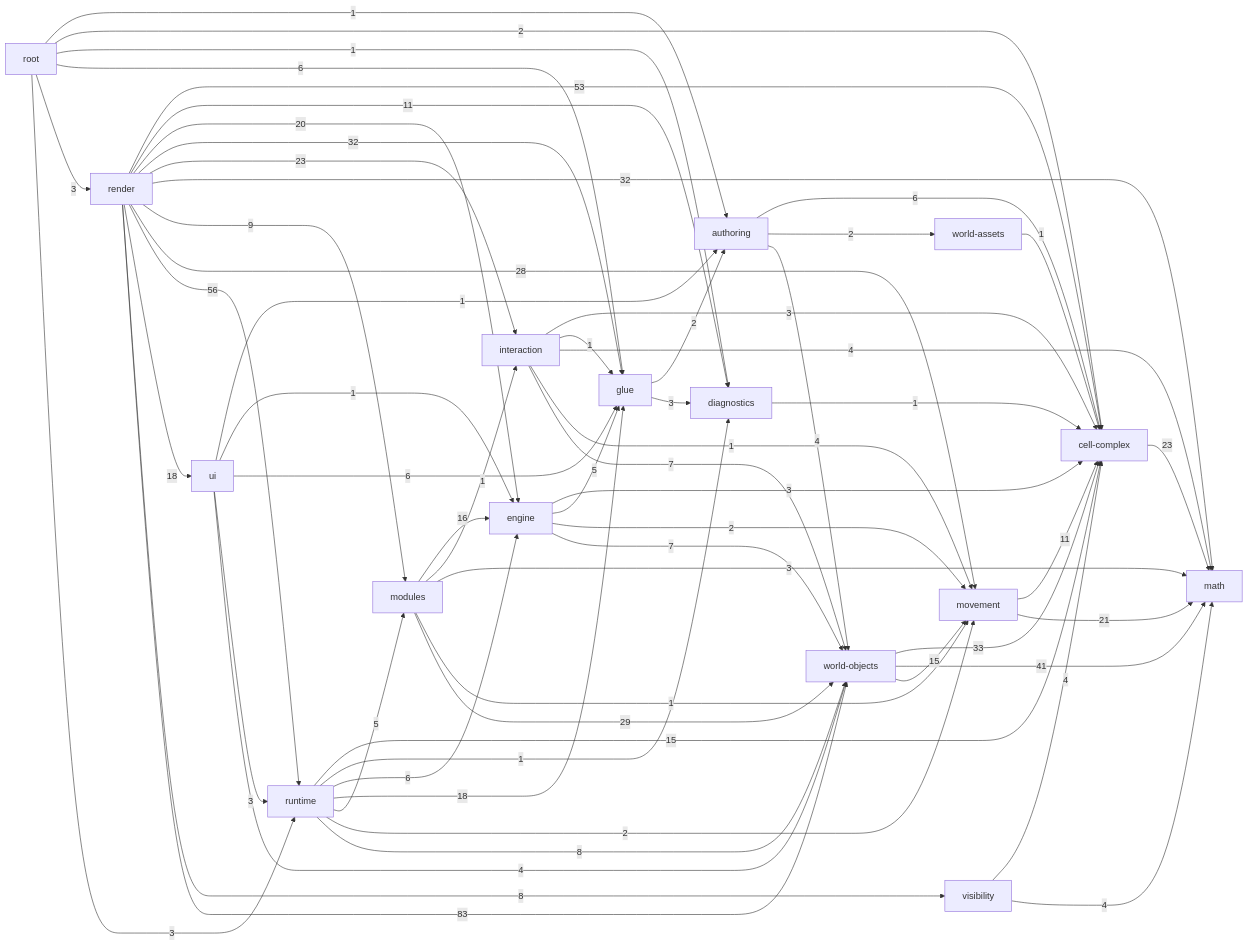
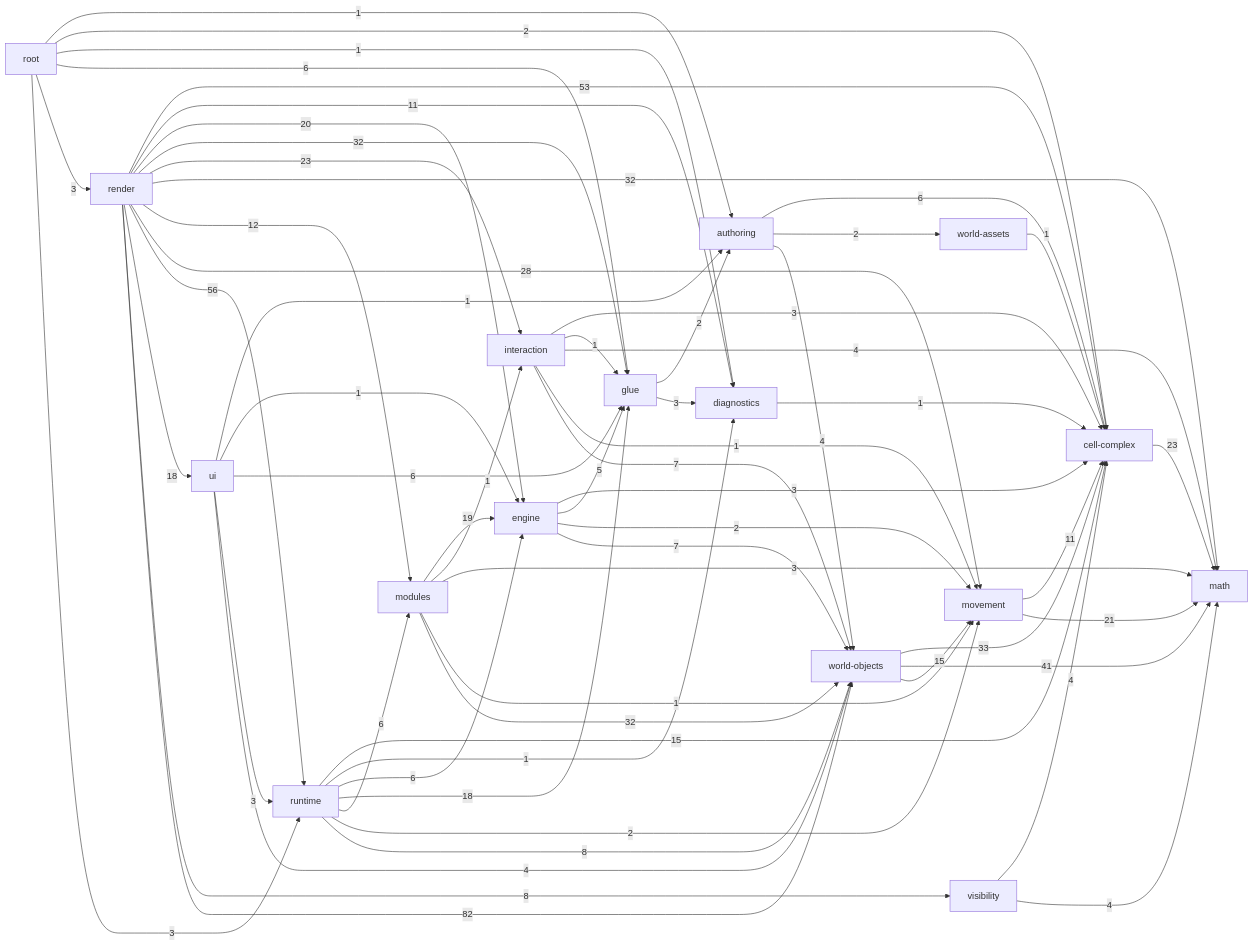
The diagram in _docs/generated/ARCHITECTURE_REFERENCE.md (guraltsev/noneuclid-fpv), drawn with Mermaid before and after one commit. The commit also changed other lines of this file and 24 other files, not shown here.

````diff
--- a/_docs/generated/ARCHITECTURE_REFERENCE.md
+++ b/_docs/generated/ARCHITECTURE_REFERENCE.md
@@ -37,78 +37,78 @@
 ```mermaid
 flowchart LR
   math["math"]
   cell_complex["cell-complex"]
   diagnostics["diagnostics"]
   visibility["visibility"]
   movement["movement"]
   world_assets["world-assets"]
   world_objects["world-objects"]
   authoring["authoring"]
   glue["glue"]
   interaction["interaction"]
   engine["engine"]
   modules["modules"]
   runtime["runtime"]
   ui["ui"]
   render["render"]
   root["root"]
   authoring -->|6| cell_complex
   authoring -->|2| world_assets
   authoring -->|4| world_objects
   cell_complex -->|23| math
   diagnostics -->|1| cell_complex
   engine -->|3| cell_complex
   engine -->|5| glue
   engine -->|2| movement
   engine -->|7| world_objects
   glue -->|2| authoring
   glue -->|3| diagnostics
   interaction -->|3| cell_complex
   interaction -->|1| glue
   interaction -->|4| math
   interaction -->|1| movement
   interaction -->|7| world_objects
-  modules -->|16| engine
+  modules -->|19| engine
   modules -->|1| interaction
   modules -->|3| math
   modules -->|1| movement
-  modules -->|29| world_objects
+  modules -->|32| world_objects
   movement -->|11| cell_complex
   movement -->|21| math
   render -->|53| cell_complex
   render -->|11| diagnostics
   render -->|20| engine
   render -->|32| glue
   render -->|23| interaction
   render -->|32| math
-  render -->|9| modules
+  render -->|12| modules
   render -->|28| movement
   render -->|56| runtime
   render -->|18| ui
   render -->|8| visibility
-  render -->|83| world_objects
+  render -->|82| world_objects
   root -->|1| authoring
   root -->|2| cell_complex
   root -->|1| diagnostics
   root -->|6| glue
   root -->|3| render
   root -->|3| runtime
   runtime -->|15| cell_complex
   runtime -->|1| diagnostics
   runtime -->|6| engine
   runtime -->|18| glue
-  runtime -->|5| modules
+  runtime -->|6| modules
   runtime -->|2| movement
   runtime -->|8| world_objects
   ui -->|1| authoring
   ui -->|1| engine
   ui -->|6| glue
   ui -->|3| runtime
   ui -->|4| world_objects
   visibility -->|4| cell_complex
   visibility -->|4| math
   world_assets -->|1| cell_complex
   world_objects -->|33| cell_complex
   world_objects -->|41| math
   world_objects -->|15| movement
 ```
````
